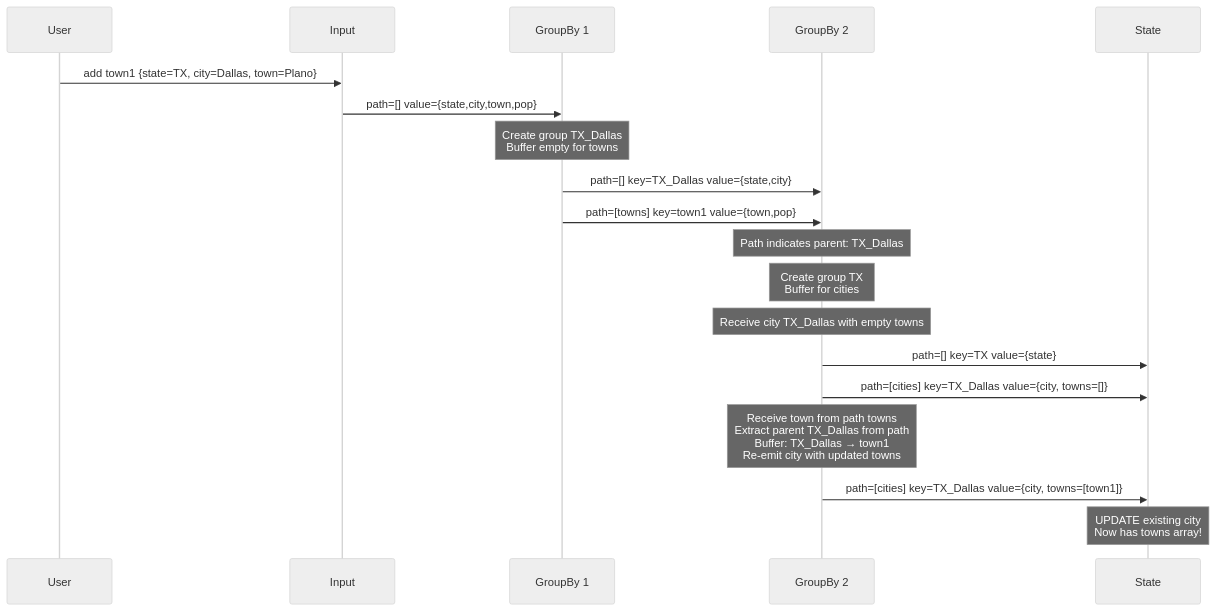
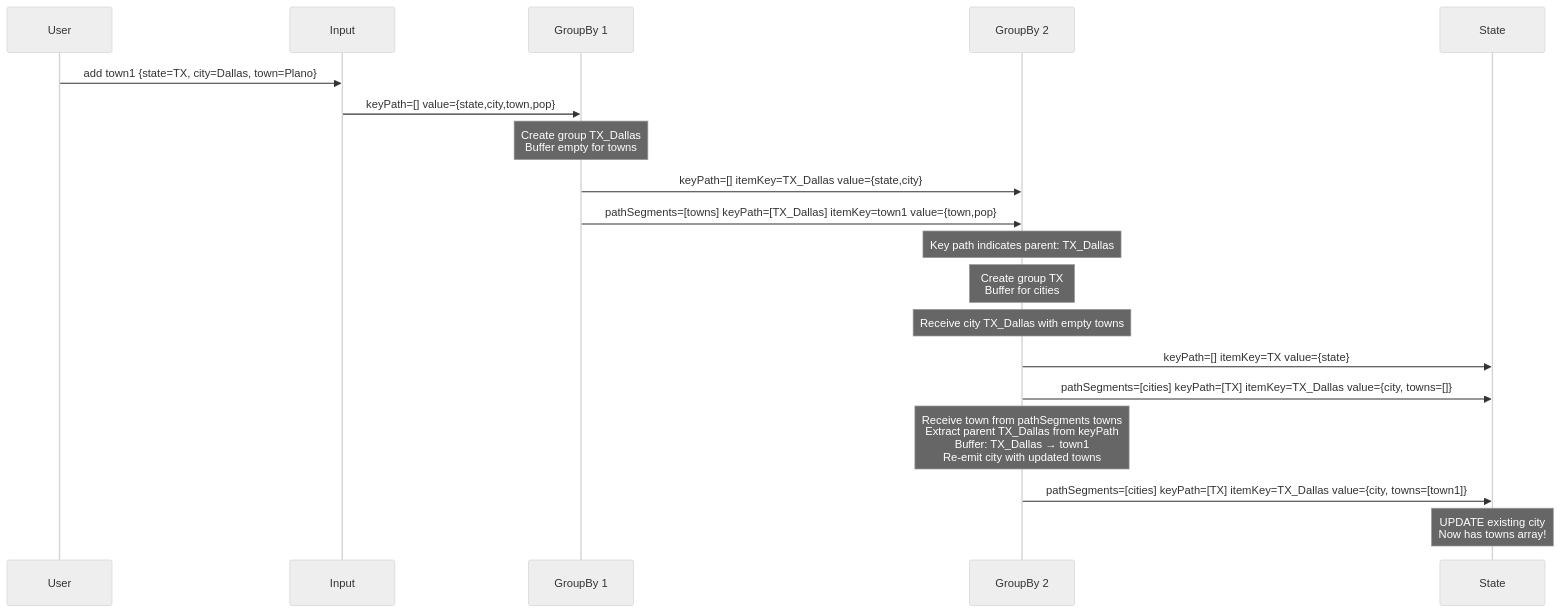
One commit to michaellperry/aggregator-toy changed the fifth of 6 diagrams in docs/nested-groupby-architecture.md. Above: the diagram before and after it, drawn with Mermaid (neutral theme). The commit also changed other lines of this file and 20 other files, not shown here.

````diff
--- a/docs/nested-groupby-architecture.md
+++ b/docs/nested-groupby-architecture.md
@@ -352,29 +340,29 @@
 ```mermaid
 sequenceDiagram
     participant User
     participant Input
     participant GB1 as GroupBy 1
     participant GB2 as GroupBy 2
     participant State
 
     User->>Input: add town1 {state=TX, city=Dallas, town=Plano}
-    Input->>GB1: path=[] value={state,city,town,pop}
+    Input->>GB1: keyPath=[] value={state,city,town,pop}
     
     Note over GB1: Create group TX_Dallas<br/>Buffer empty for towns
     
-    GB1->>GB2: path=[] key=TX_Dallas value={state,city}
-    GB1->>GB2: path=[towns] key=town1 value={town,pop}
-    Note over GB2: Path indicates parent: TX_Dallas
+    GB1->>GB2: keyPath=[] itemKey=TX_Dallas value={state,city}
+    GB1->>GB2: pathSegments=[towns] keyPath=[TX_Dallas] itemKey=town1 value={town,pop}
+    Note over GB2: Key path indicates parent: TX_Dallas
     
     Note over GB2: Create group TX<br/>Buffer for cities
     Note over GB2: Receive city TX_Dallas with empty towns
     
-    GB2->>State: path=[] key=TX value={state}
-    GB2->>State: path=[cities] key=TX_Dallas value={city, towns=[]}
+    GB2->>State: keyPath=[] itemKey=TX value={state}
+    GB2->>State: pathSegments=[cities] keyPath=[TX] itemKey=TX_Dallas value={city, towns=[]}
     
-    Note over GB2: Receive town from path towns<br/>Extract parent TX_Dallas from path<br/>Buffer: TX_Dallas → town1<br/>Re-emit city with updated towns
+    Note over GB2: Receive town from pathSegments towns<br/>Extract parent TX_Dallas from keyPath<br/>Buffer: TX_Dallas → town1<br/>Re-emit city with updated towns
     
-    GB2->>State: path=[cities] key=TX_Dallas value={city, towns=[town1]}
+    GB2->>State: pathSegments=[cities] keyPath=[TX] itemKey=TX_Dallas value={city, towns=[town1]}
     
     Note over State: UPDATE existing city<br/>Now has towns array!
 ```
````
